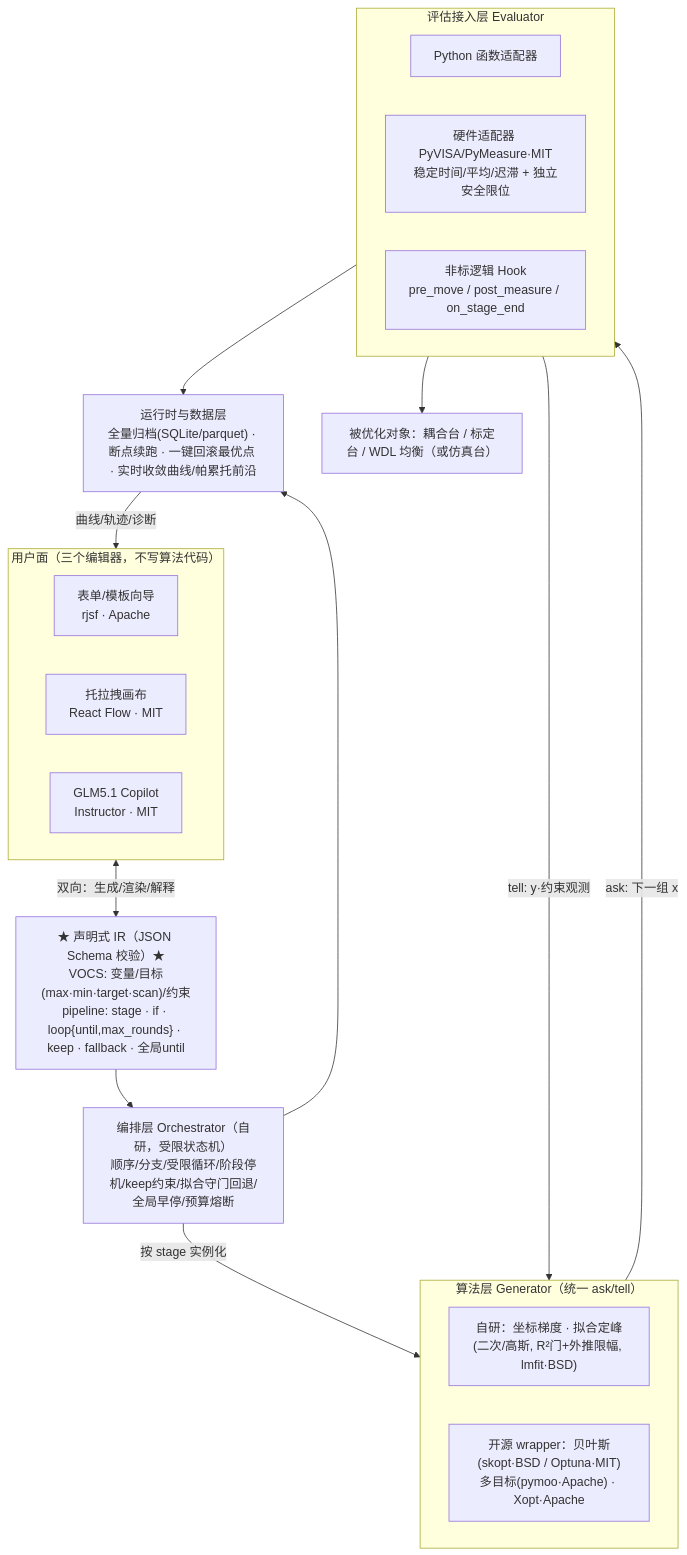
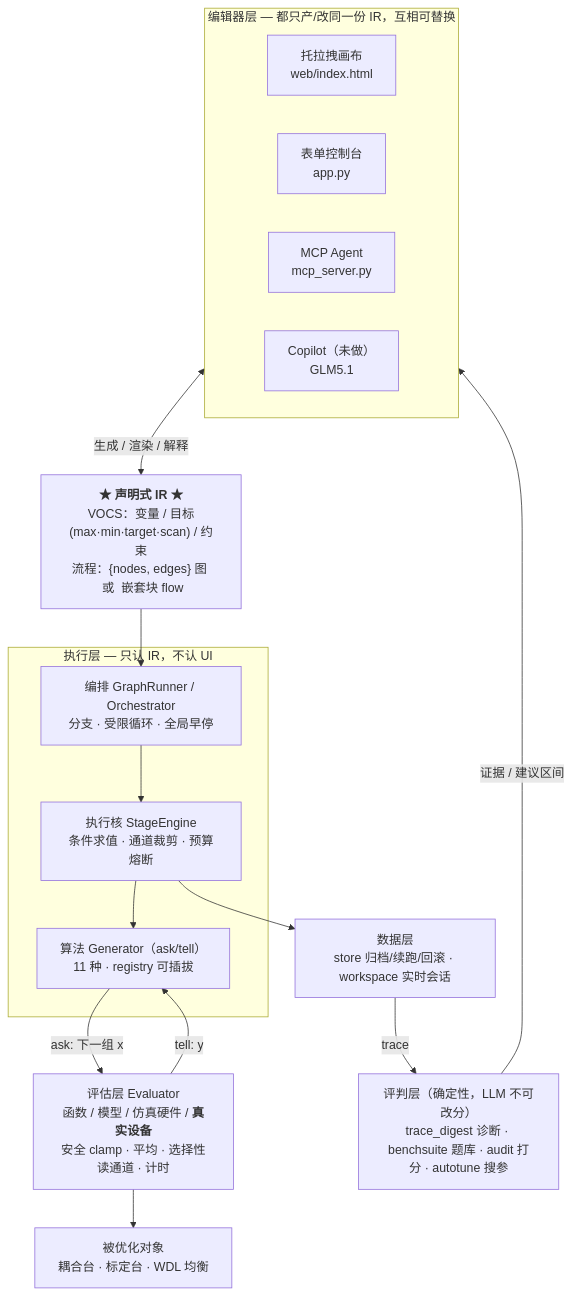
Before and after one commit to TimNiegml/optimization-platform: the diagram in ARCHITECTURE.md, drawn with Mermaid. The commit also changed other lines of this file and 1 other file, not shown here.

First line of the commit message:
docs: 重写 ARCHITECTURE.md —— 提纲挈领 + 以可演进性为核心

````diff
--- a/ARCHITECTURE.md
+++ b/ARCHITECTURE.md
@@ -31,40 +14,33 @@
 ```mermaid
 flowchart TB
-    subgraph UI["用户面（三个编辑器，不写算法代码）"]
+    subgraph EDIT["编辑器层 — 都只产/改同一份 IR，互相可替换"]
       direction LR
-      FORM["表单/模板向导<br/>rjsf · Apache"]
-      CANVAS["托拉拽画布<br/>React Flow · MIT"]
-      NL["GLM5.1 Copilot<br/>Instructor · MIT"]
+      CANVAS["托拉拽画布<br/>web/index.html"]
+      FORM["表单控制台<br/>app.py"]
+      AGENT["MCP Agent<br/>mcp_server.py"]
+      COPILOT["Copilot（未做）<br/>GLM5.1"]
     end
 
-    IR["★ 声明式 IR（JSON Schema 校验）★<br/>VOCS: 变量/目标(max·min·target·scan)/约束<br/>pipeline: stage · if · loop{until,max_rounds} · keep · fallback · 全局until"]
+    IR["<b>★ 声明式 IR ★</b><br/>VOCS：变量 / 目标(max·min·target·scan) / 约束<br/>流程：{nodes, edges} 图 &nbsp;或&nbsp; 嵌套块 flow"]
 
-    ORCH["编排层 Orchestrator（自研，受限状态机）<br/>顺序/分支/受限循环/阶段停机/keep约束/拟合守门回退/全局早停/预算熔断"]
-
-    subgraph GEN["算法层 Generator（统一 ask/tell）"]
-      direction LR
-      SELF["自研：坐标梯度 · 拟合定峰<br/>(二次/高斯, R²门+外推限幅, lmfit·BSD)"]
-      OSS["开源 wrapper：贝叶斯(skopt·BSD / Optuna·MIT)<br/>多目标(pymoo·Apache) · Xopt·Apache"]
+    subgraph RUN["执行层 — 只认 IR，不认 UI"]
+      ORCH["编排 GraphRunner / Orchestrator<br/>分支 · 受限循环 · 全局早停"]
+      ENG["执行核 StageEngine<br/>条件求值 · 通道裁剪 · 预算熔断"]
+      GEN["算法 Generator（ask/tell）<br/>11 种 · registry 可插拔"]
     end
 
-    subgraph EVAL["评估接入层 Evaluator"]
-      direction LR
-      FN["Python 函数适配器"]
-      HW["硬件适配器 PyVISA/PyMeasure·MIT<br/>稳定时间/平均/迟滞 + 独立安全限位"]
-      HOOK["非标逻辑 Hook<br/>pre_move / post_measure / on_stage_end"]
-    end
+    EVAL["评估层 Evaluator<br/>函数 / 模型 / 仿真硬件 / <b>真实设备</b><br/>安全 clamp · 平均 · 选择性读通道 · 计时"]
+    OBJ["被优化对象<br/>耦合台 · 标定台 · WDL 均衡"]
 
-    DATA["运行时与数据层<br/>全量归档(SQLite/parquet) · 断点续跑 · 一键回滚最优点 · 实时收敛曲线/帕累托前沿"]
+    JUDGE["评判层（确定性，LLM 不可改分）<br/>trace_digest 诊断 · benchsuite 题库 · audit 打分 · autotune 搜参"]
+    DATA["数据层<br/>store 归档/续跑/回滚 · workspace 实时会话"]
 
-    DEV["被优化对象：耦合台 / 标定台 / WDL 均衡（或仿真台）"]
-
-    UI <-->|双向：生成/渲染/解释| IR
-    IR --> ORCH
-    ORCH -->|按 stage 实例化| GEN
+    EDIT <-->|生成 / 渲染 / 解释| IR
+    IR --> ORCH --> ENG --> GEN
     GEN -->|ask: 下一组 x| EVAL
-    EVAL -->|tell: y·约束观测| GEN
-    EVAL --> DEV
-    ORCH --> DATA
-    EVAL --> DATA
-    DATA -->|曲线/轨迹/诊断| UI
+    EVAL -->|tell: y| GEN
+    EVAL --> OBJ
+    ENG --> DATA
+    DATA -->|trace| JUDGE
+    JUDGE -->|证据 / 建议区间| EDIT
 ```
````
